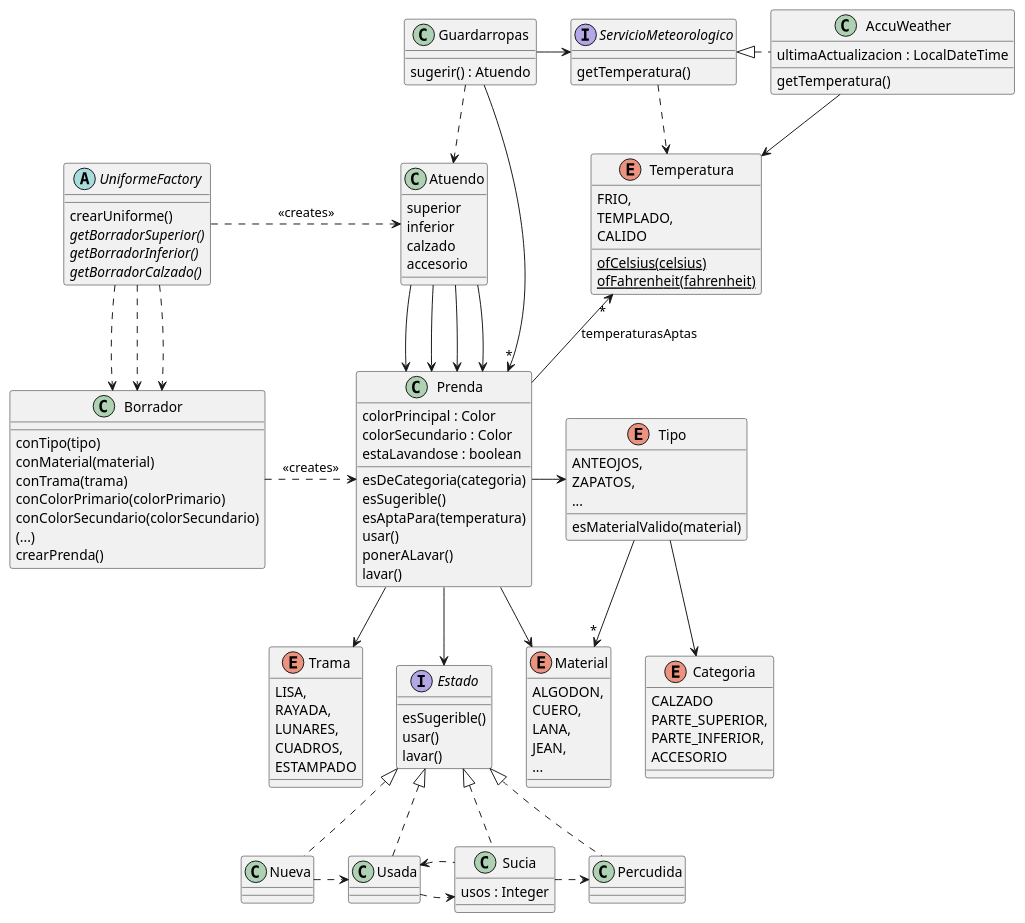
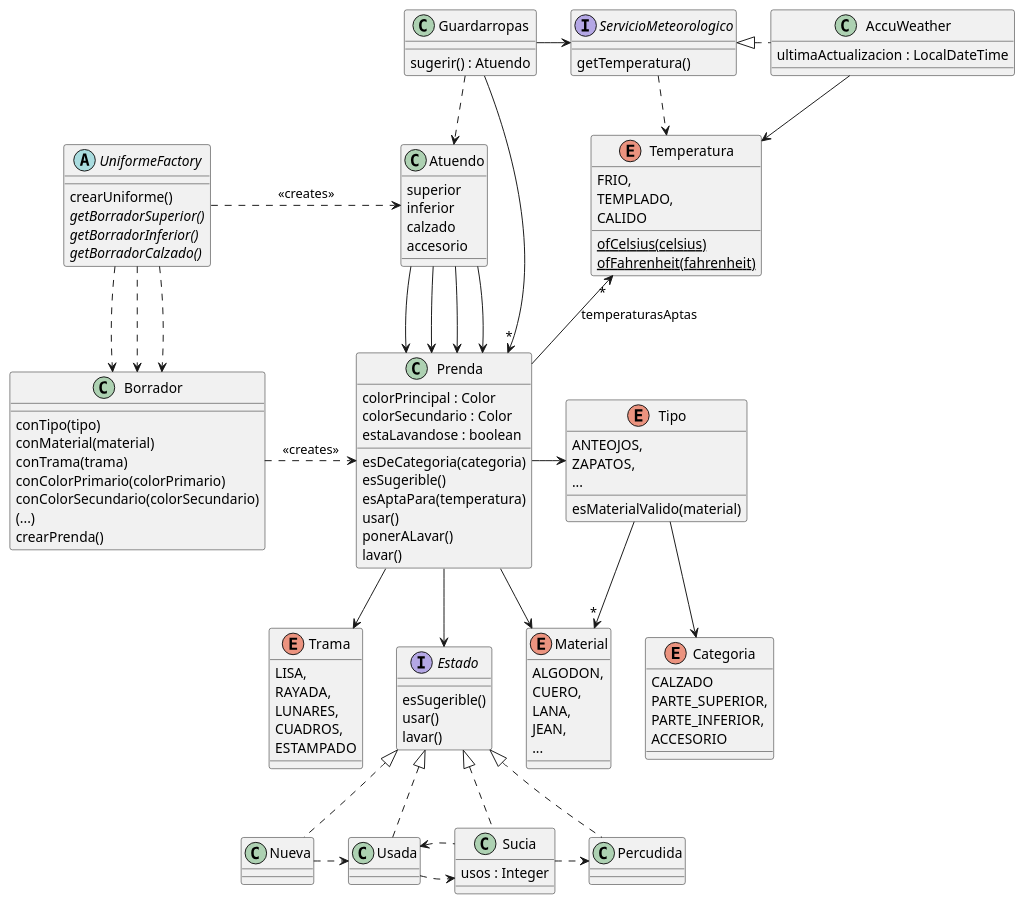
Before and after one commit to RaniAgus/dds-2022: the diagram in docs/diagramas/iteracion-4.puml, drawn with PlantUML. The commit also changed 1 other file, not shown here.

Commit message:
quito redundancias de los diagramas

```diff
--- a/docs/diagramas/iteracion-4.puml
+++ b/docs/diagramas/iteracion-4.puml
@@ -1,141 +1,140 @@
 @startuml iteracion-4
 
 class Guardarropas {
   sugerir() : Atuendo
 }
 
 Guardarropas ..> Atuendo
 Guardarropas -right-> "*" Prenda
 Guardarropas -right-> ServicioMeteorologico
 
 interface ServicioMeteorologico {
     getTemperatura()
 }
 
 ServicioMeteorologico ..> Temperatura
 
 ServicioMeteorologico <|.right. AccuWeather
 
 class AccuWeather {
     ultimaActualizacion : LocalDateTime
-    getTemperatura()
 }
 
 AccuWeather --> Temperatura
 
 enum Temperatura {
     FRIO,
     TEMPLADO,
     CALIDO
     {static} ofCelsius(celsius)
     {static} ofFahrenheit(fahrenheit)
 }
 
 abstract UniformeFactory {
   crearUniforme()
   {abstract} getBorradorSuperior()
   {abstract} getBorradorInferior()
   {abstract} getBorradorCalzado()
 }
 
 UniformeFactory .right.> Atuendo : <<creates>>
 UniformeFactory ..> Borrador
 UniformeFactory ..> Borrador
 UniformeFactory ..> Borrador
 
 class Atuendo {
    superior
    inferior
    calzado
    accesorio
 }
 
 Atuendo --> Prenda
 Atuendo --> Prenda
 Atuendo --> Prenda
 Atuendo --> Prenda
 
 class Borrador {
   conTipo(tipo)
   conMaterial(material)
   conTrama(trama)
   conColorPrimario(colorPrimario)
   conColorSecundario(colorSecundario)
   (...)
   crearPrenda()
 }
 
 Borrador .right.> Prenda : <<creates>>
 
 class Prenda {
  colorPrincipal : Color
  colorSecundario : Color
  estaLavandose : boolean
  esDeCategoria(categoria)
  esSugerible()
  esAptaPara(temperatura)
  usar()
  ponerALavar()
  lavar()
 }
 
 Prenda -up-> "*" Temperatura : "temperaturasAptas"
 Prenda -right-> Tipo
 Prenda --> Material
 Prenda --> Trama
 Prenda --> Estado
 
 enum Material {
   ALGODON,
   CUERO,
   LANA,
   JEAN,
   ...
 }
 
 enum Trama {
   LISA,
   RAYADA,
   LUNARES,
   CUADROS,
   ESTAMPADO
 }
 
 enum Tipo {
   ANTEOJOS,
   ZAPATOS,
   ...
   esMaterialValido(material)
 }
 
 Tipo --> "*" Material
 Tipo --> Categoria
 
 enum Categoria {
   CALZADO
   PARTE_SUPERIOR,
   PARTE_INFERIOR,
   ACCESORIO
 }
 
 interface Estado {
  esSugerible()
  usar()
  lavar()
 }
 
 Estado <|.. Nueva
 Estado <|.. Usada
 Estado <|.. Sucia
 Estado <|.. Percudida
 
 Nueva .right.> Usada
 Usada .right.> Sucia
 Sucia .left.> Usada
 Sucia .right.> Percudida
 
 class Sucia {
   usos : Integer
 }
 
 @enduml
```
